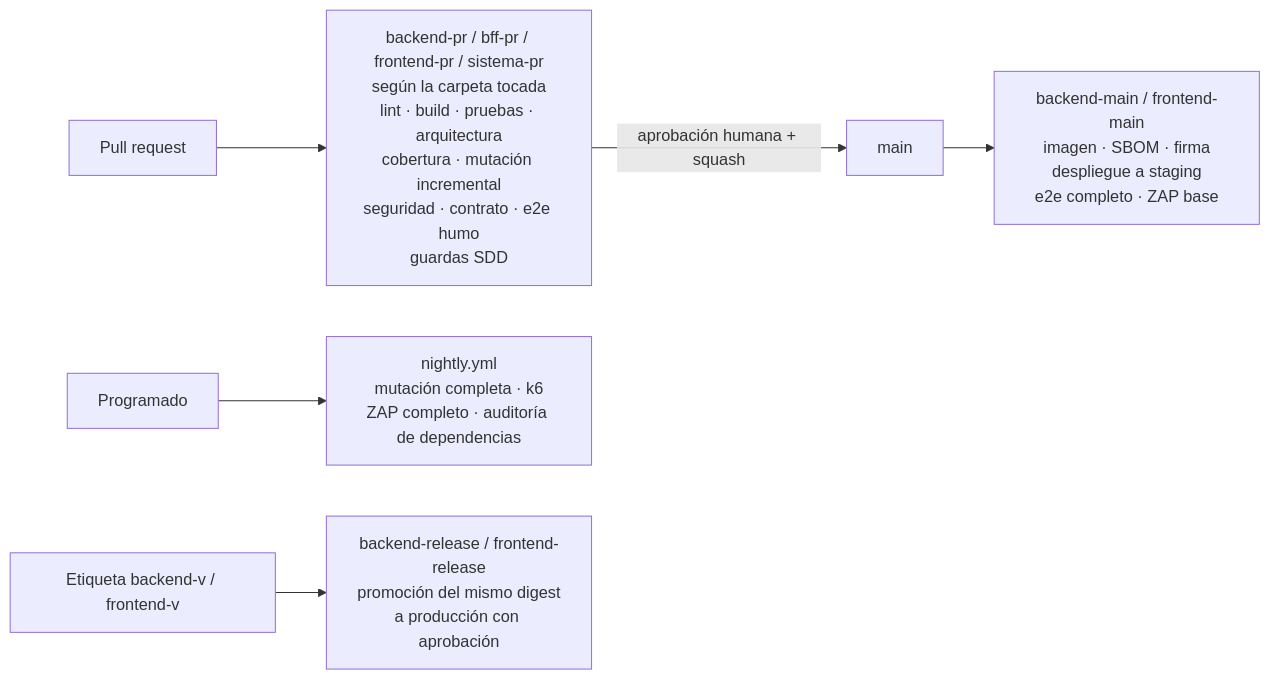
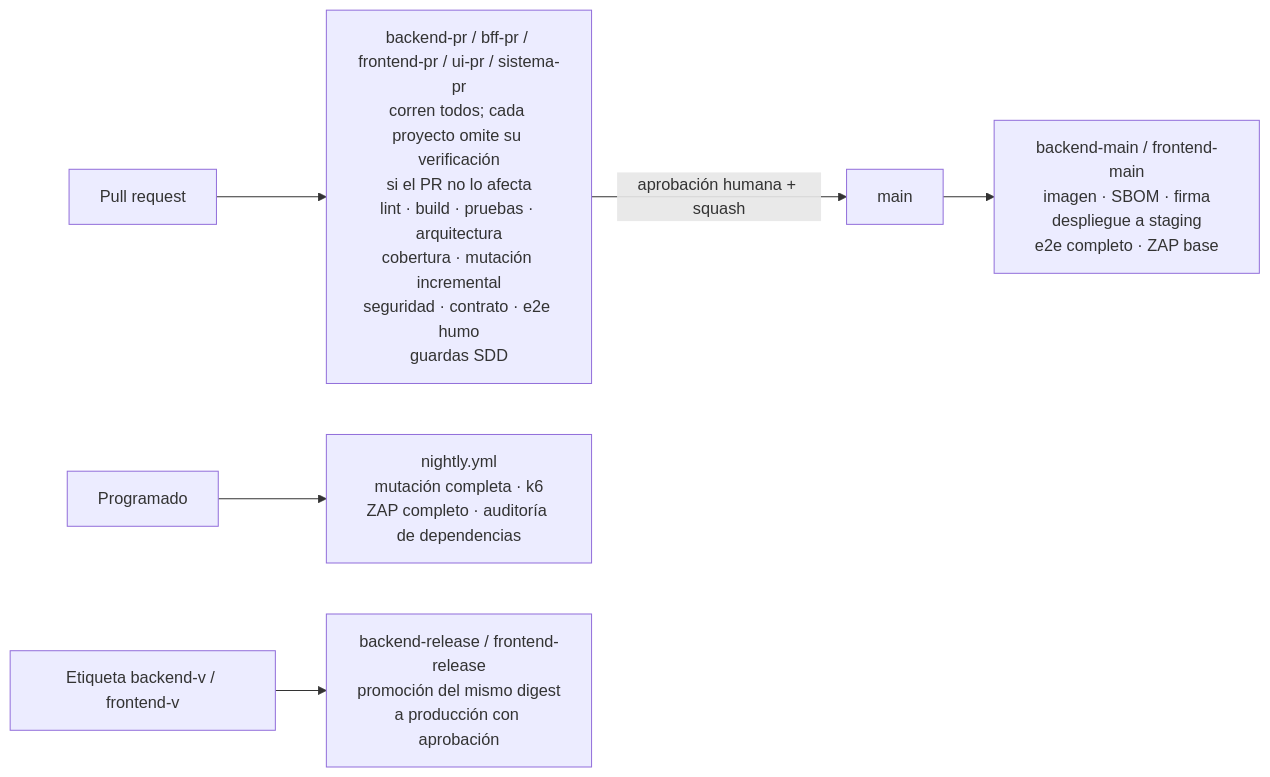
The diagram in docs/arquitectura/04_Calidad_Testing_y_CI.md (jorgearaujoSap/liv), drawn with Mermaid before and after one commit. The commit also changed other lines of this file and 12 other files, not shown here.

````diff
--- a/docs/arquitectura/04_Calidad_Testing_y_CI.md
+++ b/docs/arquitectura/04_Calidad_Testing_y_CI.md
@@ -213,8 +213,8 @@
 ```mermaid
 flowchart LR
-    PR[Pull request] --> CHK["backend-pr / bff-pr / frontend-pr / sistema-pr<br/>según la carpeta tocada<br/>lint · build · pruebas · arquitectura<br/>cobertura · mutación incremental<br/>seguridad · contrato · e2e humo<br/>guardas SDD"]
+    PR[Pull request] --> CHK["backend-pr / bff-pr / frontend-pr / ui-pr / sistema-pr<br/>corren todos; cada proyecto omite su verificación<br/>si el PR no lo afecta<br/>lint · build · pruebas · arquitectura<br/>cobertura · mutación incremental<br/>seguridad · contrato · e2e humo<br/>guardas SDD"]
     CHK -->|aprobación humana + squash| MAIN[main]
     MAIN --> M["backend-main / frontend-main<br/>imagen · SBOM · firma<br/>despliegue a staging<br/>e2e completo · ZAP base"]
     NIGHT[Programado] --> N["nightly.yml<br/>mutación completa · k6<br/>ZAP completo · auditoría de dependencias"]
     TAG[Etiqueta backend-v / frontend-v] --> R["backend-release / frontend-release<br/>promoción del mismo digest<br/>a producción con aprobación"]
 ```
````
